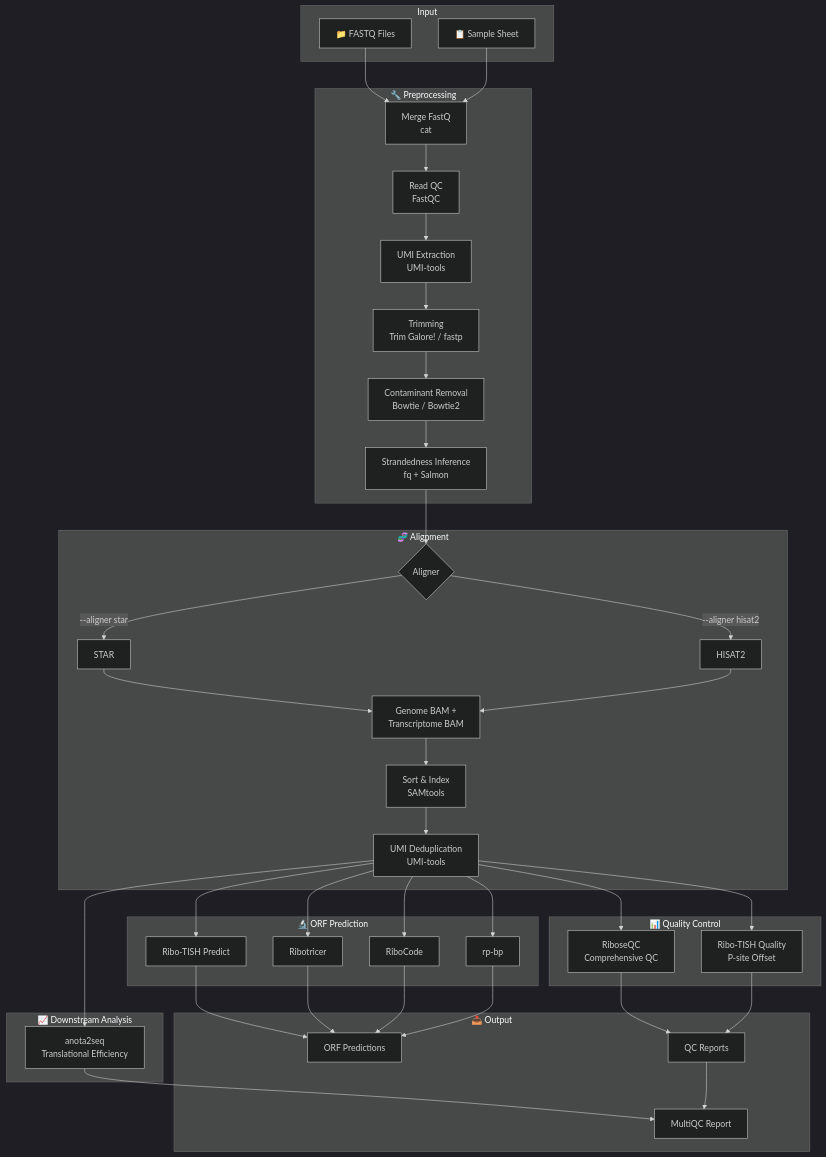
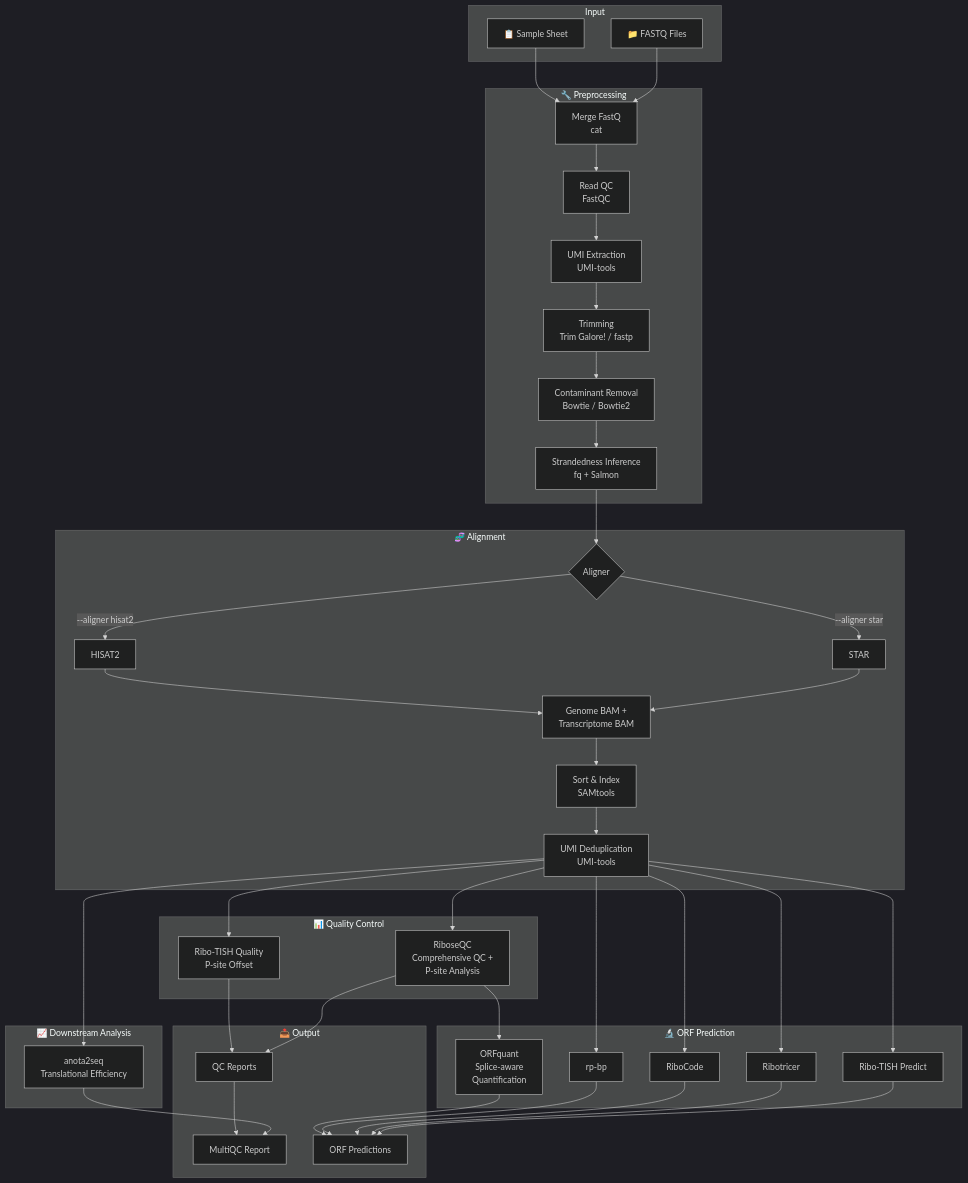
The diagram in README.md (wtbxsjy/riboseq), drawn with Mermaid (dark theme) before and after one commit. The commit also changed other lines of this file and 8 other files, not shown here.

First line of the commit message:
feat: integrate ORFquant for splice-aware ORF quantification

````diff
--- a/README.md
+++ b/README.md
@@ -26,74 +26,77 @@
 ```mermaid
 flowchart TB
     subgraph Input
         A[📁 FASTQ Files]
         B[📋 Sample Sheet]
     end
 
     subgraph Preprocessing["🔧 Preprocessing"]
         C[Merge FastQ<br/>cat]
         D[Read QC<br/>FastQC]
         E[UMI Extraction<br/>UMI-tools]
         F[Trimming<br/>Trim Galore! / fastp]
         G[Contaminant Removal<br/>Bowtie / Bowtie2]
         H[Strandedness Inference<br/>fq + Salmon]
     end
 
     subgraph Alignment["🧬 Alignment"]
         I{Aligner}
         J[STAR]
         K[HISAT2]
         L[Genome BAM +<br/>Transcriptome BAM]
         M[Sort & Index<br/>SAMtools]
         N[UMI Deduplication<br/>UMI-tools]
     end
 
     subgraph QC["📊 Quality Control"]
-        O[RiboseQC<br/>Comprehensive QC]
+        O[RiboseQC<br/>Comprehensive QC +<br/>P-site Analysis]
         P[Ribo-TISH Quality<br/>P-site Offset]
     end
 
     subgraph ORF["🔬 ORF Prediction"]
         Q[Ribo-TISH Predict]
         R[Ribotricer]
         S[RiboCode]
         T[rp-bp]
+        OQ[ORFquant<br/>Splice-aware<br/>Quantification]
     end
 
     subgraph Analysis["📈 Downstream Analysis"]
         U[anota2seq<br/>Translational Efficiency]
     end
 
     subgraph Output["📤 Output"]
         V[MultiQC Report]
         W[ORF Predictions]
         X[QC Reports]
     end
 
     A --> C
     B --> C
     C --> D --> E --> F --> G --> H
     H --> I
     I -->|--aligner star| J
     I -->|--aligner hisat2| K
     J --> L
     K --> L
     L --> M --> N
 
     N --> O
     N --> P
     N --> Q
     N --> R
     N --> S
     N --> T
     N --> U
 
+    O --> OQ
     O --> X
     P --> X
     Q --> W
     R --> W
     S --> W
     T --> W
+    OQ --> W
     U --> V
     X --> V
 ```
````
